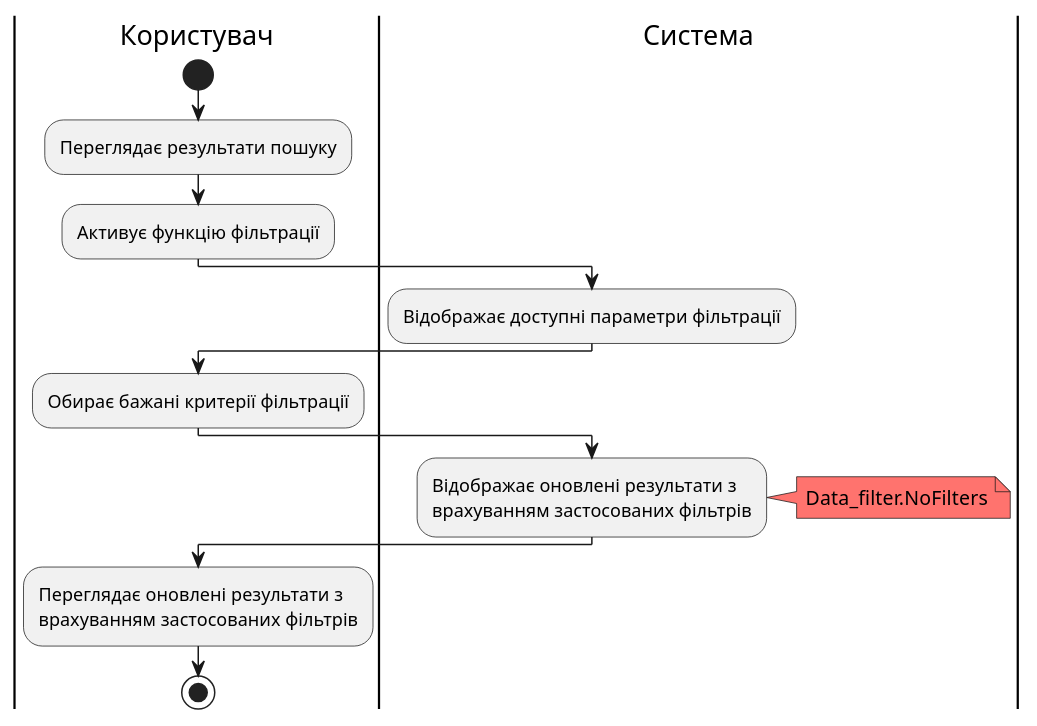
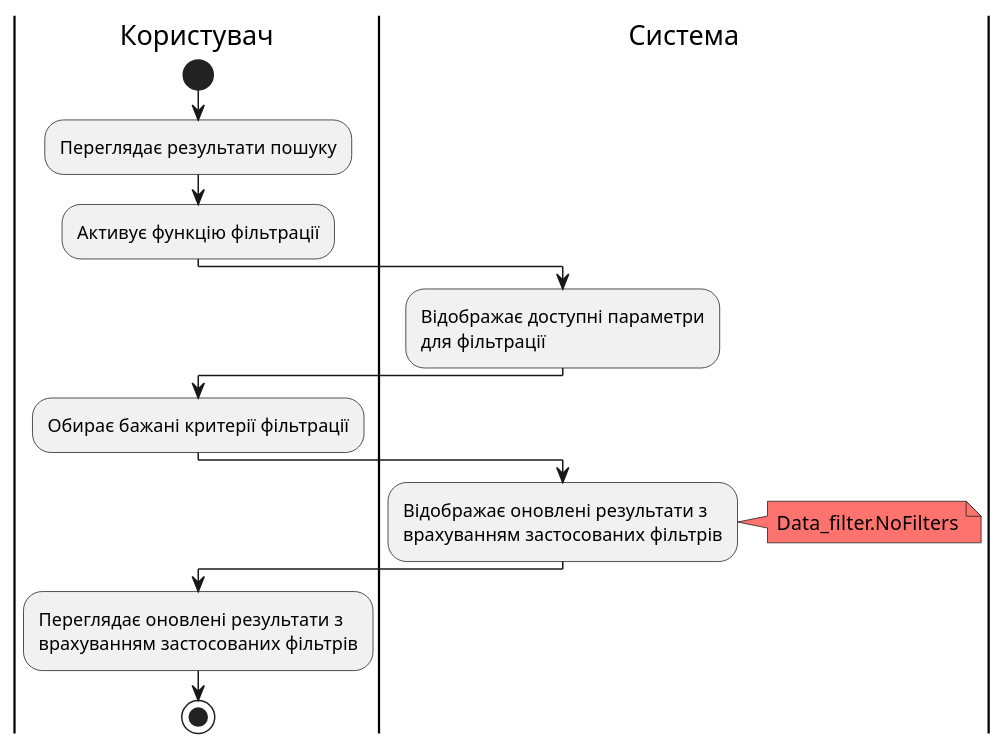
One commit to nonGratis/retarder-io-23-3 changed diagram 11 of 18 in docs/use cases/README.md. Above: the diagram before and after it, drawn with PlantUML. The commit also changed other lines of this file, not shown here.

Commit message:
Update UML diagrams for use cases

```diff
--- a/docs/use cases/README.md
+++ b/docs/use cases/README.md
@@ -338,19 +335,19 @@
 @startuml
 |Користувач|
     start
     :Переглядає результати пошуку;
     :Активує функцію фільтрації;
 |Система|
-    :Відображає доступні параметри фільтрації;
+    :Відображає доступні параметри\nдля фільтрації;
 |Користувач|
     :Обирає бажані критерії фільтрації;
 |Система|
     :Відображає оновлені результати з\nврахуванням застосованих фільтрів;
         note right #FF736E
             Data_filter.NoFilters
         end note
     
 |Користувач|
     :Переглядає оновлені результати з\nврахуванням застосованих фільтрів;
     stop;
 @enduml
```
